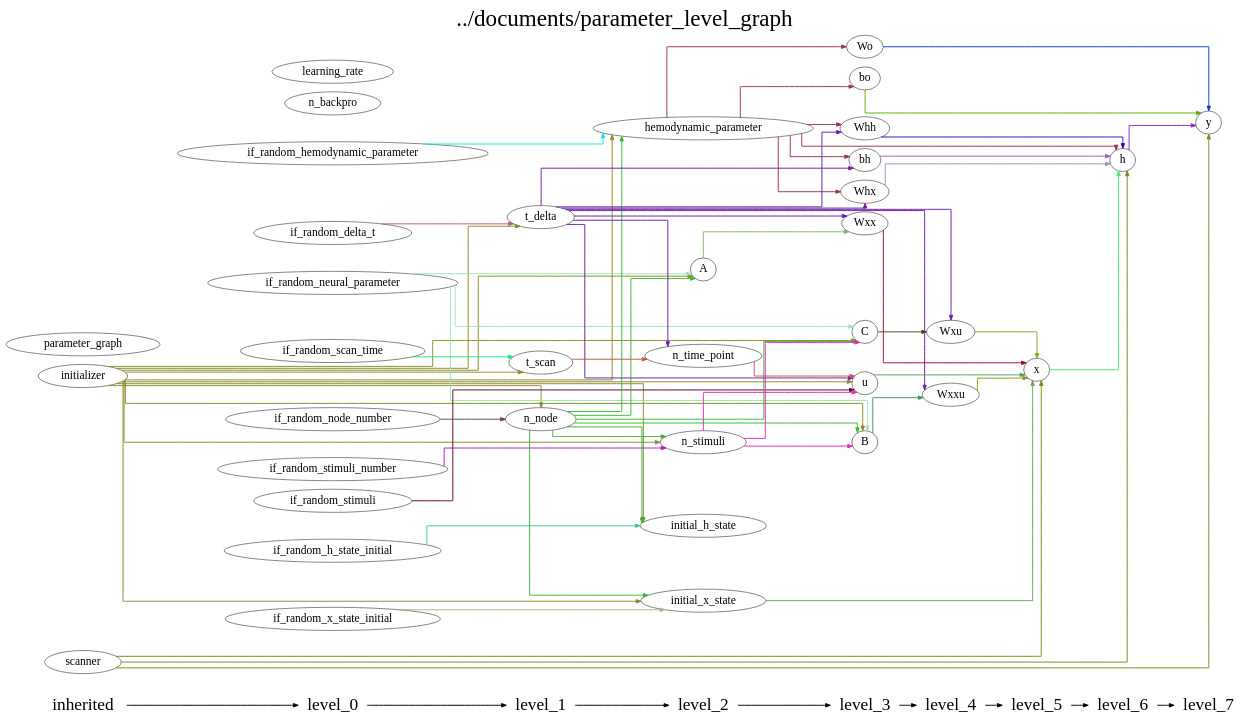
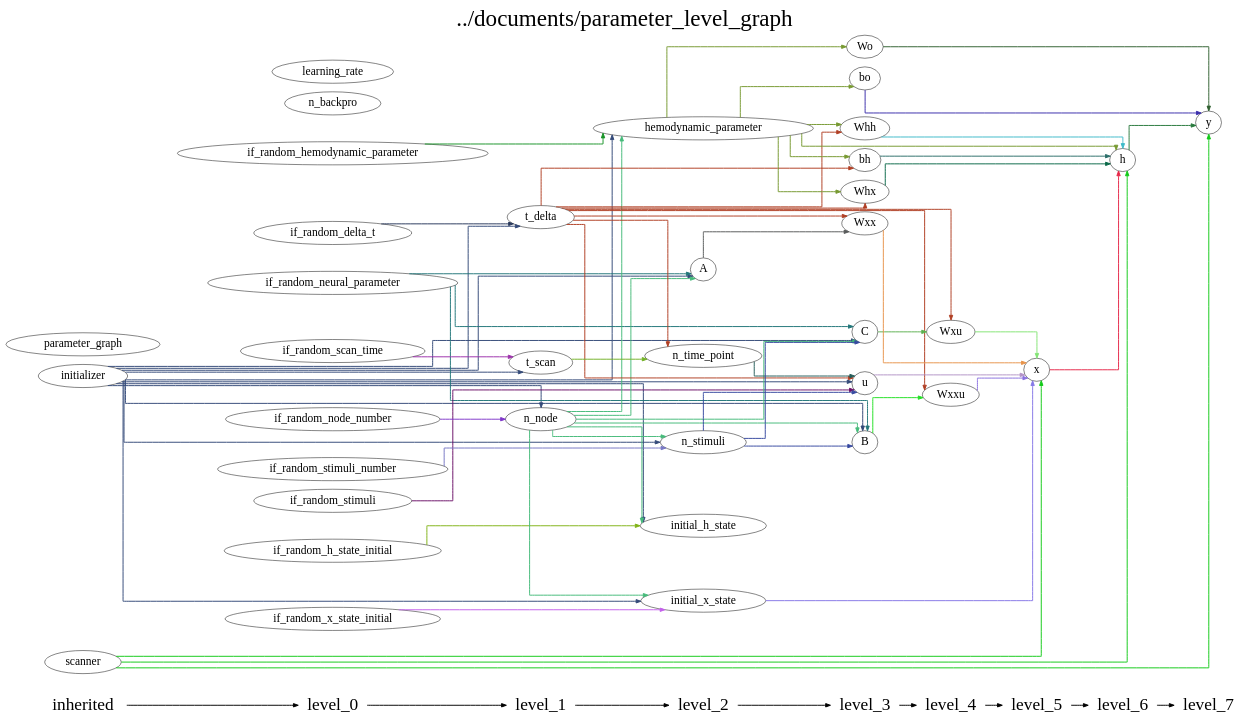
The diagram in DCM_RNN/documents/parameter_level_graph.gv (YuanWangOnward/DCM_RNN), drawn with Graphviz before and after one commit. The commit also changed 8 other files, not shown here.

```diff
--- a/DCM_RNN/documents/parameter_level_graph.gv
+++ b/DCM_RNN/documents/parameter_level_graph.gv
@@ -1,156 +1,156 @@
 digraph G {
           splines=ortho;
           fontsize = 48;
           rankdir = "LR";
           node[fontsize=24];
           edge[penwidth=2];
           {
           node [shape=plaintext fontsize=36];
           inherited -> 
           level_0 -> 
           level_1 -> 
           level_2 -> 
           level_3 -> 
           level_4 -> 
           level_5 -> 
           level_6 -> 
           level_7
           }
           {rank = same;
           inherited;
           initializer;
           parameter_graph;
           scanner;
           }
           {rank = same;
           level_0;
           if_random_neural_parameter;
           if_random_hemodynamic_parameter;
           if_random_x_state_initial;
           if_random_h_state_initial;
           if_random_stimuli;
           if_random_node_number;
           if_random_stimuli_number;
           if_random_delta_t;
           if_random_scan_time;
           n_backpro;
           learning_rate;
           }
           {rank = same;
           level_1;
           n_node;
           t_delta;
           t_scan;
           }
           {rank = same;
           level_2;
           n_time_point;
           n_stimuli;
           A;
           hemodynamic_parameter;
           initial_x_state;
           initial_h_state;
           }
           {rank = same;
           level_3;
           u;
           B;
           C;
           Wxx;
           Whx;
           Whh;
           bh;
           Wo;
           bo;
           }
           {rank = same;
           level_4;
           Wxxu;
           Wxu;
           }
           {rank = same;
           level_5;
           x;
           }
           {rank = same;
           level_6;
           h;
           }
           {rank = same;
           level_7;
           y;
           }
-          B -> Wxxu [color="#3A9064"];
-          if_random_stimuli -> u [color="#590722"];
-          initial_x_state -> x [color="#6BA35B"];
-          Wxxu -> x [color="#929017"];
-          t_scan -> n_time_point [color="#C75236"];
-          if_random_scan_time -> t_scan [color="#1BE185"];
-          h -> y [color="#9325BA"];
-          Wo -> y [color="#093EC6"];
-          if_random_stimuli_number -> n_stimuli [color="#C310C1"];
-          bo -> y [color="#57B001"];
-          n_stimuli -> B [color="#EE22B7"];
-          n_stimuli -> C [color="#EE22B7"];
-          n_stimuli -> u [color="#EE22B7"];
-          if_random_delta_t -> t_delta [color="#BA5879"];
-          if_random_node_number -> n_node [color="#6A4549"];
-          n_node -> B [color="#35B834"];
-          n_node -> C [color="#35B834"];
-          n_node -> initial_h_state [color="#35B834"];
-          n_node -> initial_x_state [color="#35B834"];
-          n_node -> hemodynamic_parameter [color="#35B834"];
-          n_node -> A [color="#35B834"];
-          n_node -> n_stimuli [color="#35B834"];
-          bh -> h [color="#985EC8"];
-          Wxx -> x [color="#A50533"];
+          h -> y [color="#27793C"];
+          Wo -> y [color="#316131"];
+          u -> x [color="#B394C7"];
+          if_random_node_number -> n_node [color="#8038CA"];
+          if_random_neural_parameter -> B [color="#22777A"];
+          if_random_neural_parameter -> A [color="#22777A"];
+          if_random_neural_parameter -> C [color="#22777A"];
+          y ;
+          bo -> y [color="#392CAB"];
+          Whx -> h [color="#0A6949"];
+          B -> Wxxu [color="#22E024"];
+          initializer -> u [color="#344A79"];
+          initializer -> B [color="#344A79"];
+          initializer -> n_node [color="#344A79"];
+          initializer -> hemodynamic_parameter [color="#344A79"];
+          initializer -> A [color="#344A79"];
+          initializer -> C [color="#344A79"];
+          initializer -> initial_h_state [color="#344A79"];
+          initializer -> initial_x_state [color="#344A79"];
+          initializer -> t_scan [color="#344A79"];
+          initializer -> t_delta [color="#344A79"];
+          initializer -> n_stimuli [color="#344A79"];
+          if_random_stimuli -> u [color="#6B1068"];
+          Whh -> h [color="#3EBBC9"];
+          scanner -> y [color="#12CA17"];
+          scanner -> h [color="#12CA17"];
+          scanner -> x [color="#12CA17"];
+          hemodynamic_parameter -> Wo [color="#779931"];
+          hemodynamic_parameter -> h [color="#779931"];
+          hemodynamic_parameter -> Whx [color="#779931"];
+          hemodynamic_parameter -> Whh [color="#779931"];
+          hemodynamic_parameter -> bh [color="#779931"];
+          hemodynamic_parameter -> bo [color="#779931"];
+          A -> Wxx [color="#585A5A"];
+          if_random_hemodynamic_parameter -> hemodynamic_parameter [color="#199428"];
+          if_random_scan_time -> t_scan [color="#9C30AB"];
+          if_random_delta_t -> t_delta [color="#28385B"];
+          learning_rate ;
+          x -> h [color="#E6284A"];
+          bh -> h [color="#2B6E69"];
+          Wxu -> x [color="#83E475"];
+          C -> Wxu [color="#5EB151"];
           initial_h_state ;
-          if_random_hemodynamic_parameter -> hemodynamic_parameter [color="#15E2E3"];
           n_backpro ;
-          C -> Wxu [color="#4E4022"];
-          initializer -> B [color="#8A8A26"];
-          initializer -> C [color="#8A8A26"];
-          initializer -> t_scan [color="#8A8A26"];
-          initializer -> n_node [color="#8A8A26"];
-          initializer -> initial_h_state [color="#8A8A26"];
-          initializer -> t_delta [color="#8A8A26"];
-          initializer -> initial_x_state [color="#8A8A26"];
-          initializer -> hemodynamic_parameter [color="#8A8A26"];
-          initializer -> A [color="#8A8A26"];
-          initializer -> u [color="#8A8A26"];
-          initializer -> n_stimuli [color="#8A8A26"];
-          learning_rate ;
-          t_delta -> bh [color="#6C1CA2"];
-          t_delta -> Wxx [color="#6C1CA2"];
-          t_delta -> Wxu [color="#6C1CA2"];
-          t_delta -> Whh [color="#6C1CA2"];
-          t_delta -> Wxxu [color="#6C1CA2"];
-          t_delta -> u [color="#6C1CA2"];
-          t_delta -> n_time_point [color="#6C1CA2"];
-          t_delta -> Whx [color="#6C1CA2"];
-          hemodynamic_parameter -> h [color="#9C3348"];
-          hemodynamic_parameter -> Wo [color="#9C3348"];
-          hemodynamic_parameter -> bh [color="#9C3348"];
-          hemodynamic_parameter -> Whh [color="#9C3348"];
-          hemodynamic_parameter -> bo [color="#9C3348"];
-          hemodynamic_parameter -> Whx [color="#9C3348"];
-          Wxu -> x [color="#77AB29"];
-          scanner -> h [color="#728E13"];
-          scanner -> y [color="#728E13"];
-          scanner -> x [color="#728E13"];
-          A -> Wxx [color="#85B26A"];
-          Whx -> h [color="#9B93B8"];
-          Whh -> h [color="#3609B1"];
+          if_random_h_state_initial -> initial_h_state [color="#81B317"];
+          n_node -> B [color="#45BA7A"];
+          n_node -> hemodynamic_parameter [color="#45BA7A"];
+          n_node -> A [color="#45BA7A"];
+          n_node -> C [color="#45BA7A"];
+          n_node -> initial_h_state [color="#45BA7A"];
+          n_node -> initial_x_state [color="#45BA7A"];
+          n_node -> n_stimuli [color="#45BA7A"];
+          if_random_stimuli_number -> n_stimuli [color="#7777C4"];
+          if_random_x_state_initial -> initial_x_state [color="#C460EC"];
+          Wxxu -> x [color="#8A71E0"];
+          initial_x_state -> x [color="#8679E7"];
+          t_scan -> n_time_point [color="#73B127"];
+          t_delta -> Wxxu [color="#B03E23"];
+          t_delta -> u [color="#B03E23"];
+          t_delta -> Whx [color="#B03E23"];
+          t_delta -> Whh [color="#B03E23"];
+          t_delta -> bh [color="#B03E23"];
+          t_delta -> Wxu [color="#B03E23"];
+          t_delta -> Wxx [color="#B03E23"];
+          t_delta -> n_time_point [color="#B03E23"];
           parameter_graph ;
-          x -> h [color="#49EA73"];
-          u -> x [color="#49A260"];
-          if_random_neural_parameter -> B [color="#9EE3B9"];
-          if_random_neural_parameter -> C [color="#9EE3B9"];
-          if_random_neural_parameter -> A [color="#9EE3B9"];
-          n_time_point -> u [color="#CB565A"];
-          y ;
-          if_random_h_state_initial -> initial_h_state [color="#46C598"];
-          if_random_x_state_initial -> initial_x_state [color="#B5AE8B"];
+          Wxx -> x [color="#E7944C"];
+          n_stimuli -> u [color="#374AA0"];
+          n_stimuli -> B [color="#374AA0"];
+          n_stimuli -> C [color="#374AA0"];
+          n_time_point -> u [color="#255C59"];
           labelloc = "t";
           label = "../documents/parameter_level_graph";
 }
```
